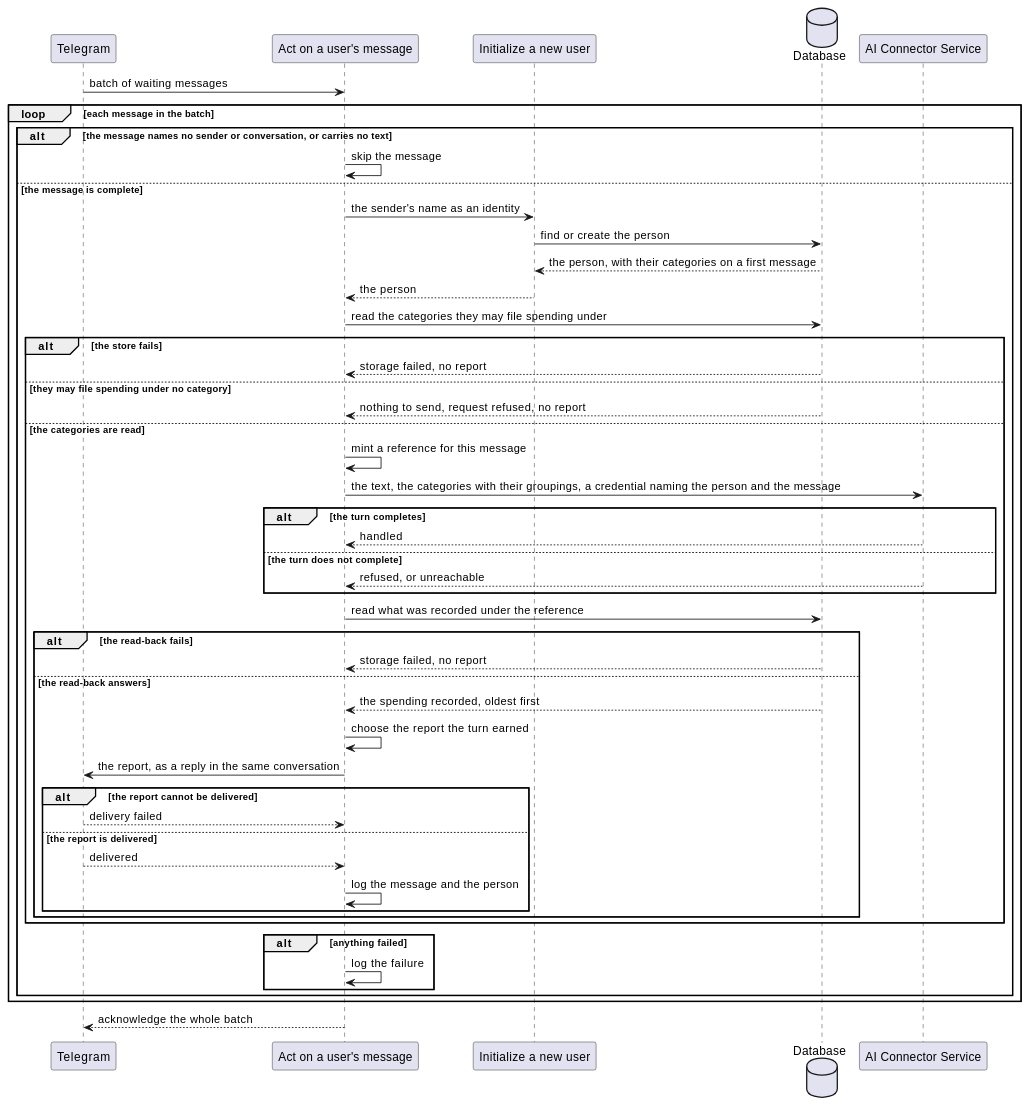
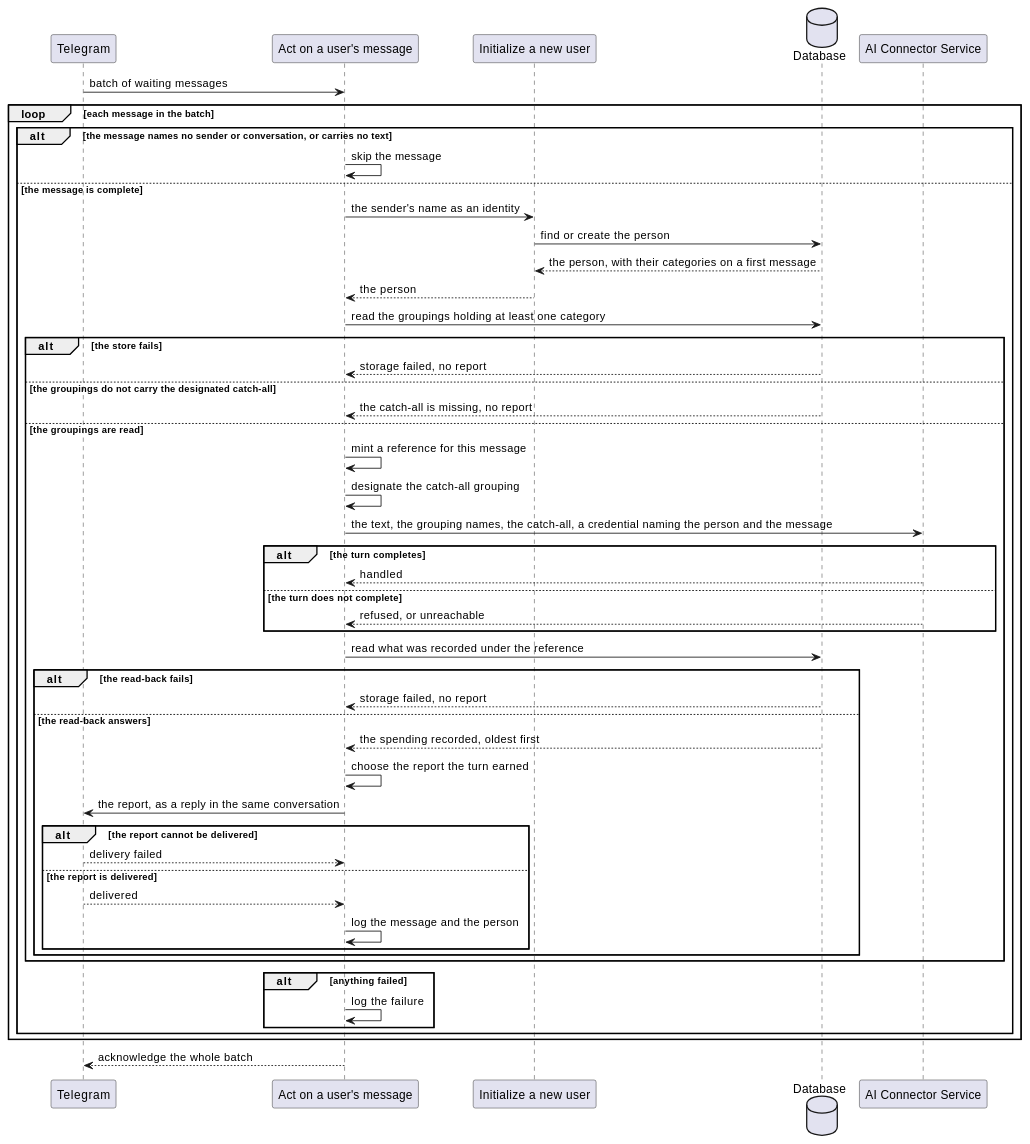
The second of 2 diagrams in ledger-service/docs/usecases/handle-incoming-message.md (ds-usova/finance-bot), drawn with PlantUML before and after one commit. The commit also changed other lines of this file and 83 other files, not shown here.

First line of the commit message:
Feature: retrieve categories via MCP, not with HTTP call parameters (#3)

````diff
--- a/ledger-service/docs/usecases/handle-incoming-message.md
+++ b/ledger-service/docs/usecases/handle-incoming-message.md
@@ -151,55 +157,56 @@
 ```plantuml
 @startuml ActOnUserMessage-Sequence
 participant "Telegram" as TG
 participant "Act on a user's message" as UC
 participant "Initialize a new user" as IU
 database "Database" as DB
 participant "AI Connector Service" as AI
 
 TG -> UC : batch of waiting messages
 
 loop each message in the batch
   alt the message names no sender or conversation, or carries no text
     UC -> UC : skip the message
   else the message is complete
     UC -> IU : the sender's name as an identity
     IU -> DB : find or create the person
     DB --> IU : the person, with their categories on a first message
     IU --> UC : the person
-    UC -> DB : read the categories they may file spending under
+    UC -> DB : read the groupings holding at least one category
     alt the store fails
       DB --> UC : storage failed, no report
-    else they may file spending under no category
-      DB --> UC : nothing to send, request refused, no report
-    else the categories are read
+    else the groupings do not carry the designated catch-all
+      DB --> UC : the catch-all is missing, no report
+    else the groupings are read
       UC -> UC : mint a reference for this message
-      UC -> AI : the text, the categories with their groupings, a credential naming the person and the message
+      UC -> UC : designate the catch-all grouping
+      UC -> AI : the text, the grouping names, the catch-all, a credential naming the person and the message
       alt the turn completes
         AI --> UC : handled
       else the turn does not complete
         AI --> UC : refused, or unreachable
       end
       UC -> DB : read what was recorded under the reference
       alt the read-back fails
         DB --> UC : storage failed, no report
       else the read-back answers
         DB --> UC : the spending recorded, oldest first
         UC -> UC : choose the report the turn earned
         UC -> TG : the report, as a reply in the same conversation
         alt the report cannot be delivered
           TG --> UC : delivery failed
         else the report is delivered
           TG --> UC : delivered
           UC -> UC : log the message and the person
         end
       end
     end
     alt anything failed
       UC -> UC : log the failure
     end
   end
 end
 
 UC --> TG : acknowledge the whole batch
 @enduml
 ```
````
